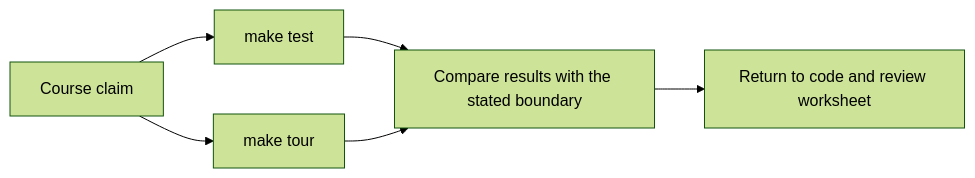
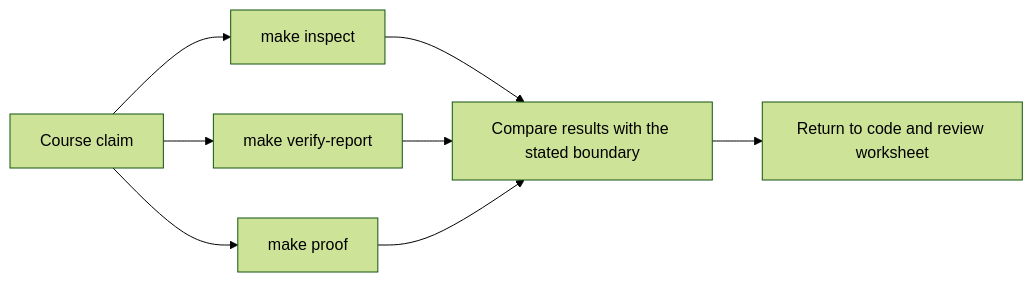
The first of 2 diagrams in programs/python-programming/python-functional-programming/capstone/PROOF_GUIDE.md (bijux/bijux-masterclass), drawn with Mermaid (forest theme) before and after one commit. The commit also changed other lines of this file and 7 other files, not shown here.

````diff
--- a/programs/python-programming/python-functional-programming/capstone/PROOF_GUIDE.md
+++ b/programs/python-programming/python-functional-programming/capstone/PROOF_GUIDE.md
@@ -7,8 +7,10 @@
 ```mermaid
 graph LR
-  claim["Course claim"] --> tests["make test"]
-  claim --> tour["make tour"]
-  tests --> compare["Compare results with the stated boundary"]
-  tour --> compare
+  claim["Course claim"] --> inspect["make inspect"]
+  claim --> report["make verify-report"]
+  claim --> proof["make proof"]
+  inspect --> compare["Compare results with the stated boundary"]
+  report --> compare
+  proof --> compare
   compare --> review["Return to code and review worksheet"]
 ```
````
